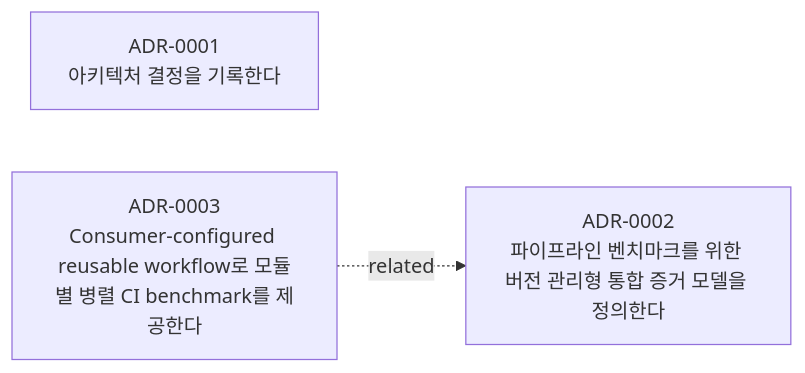
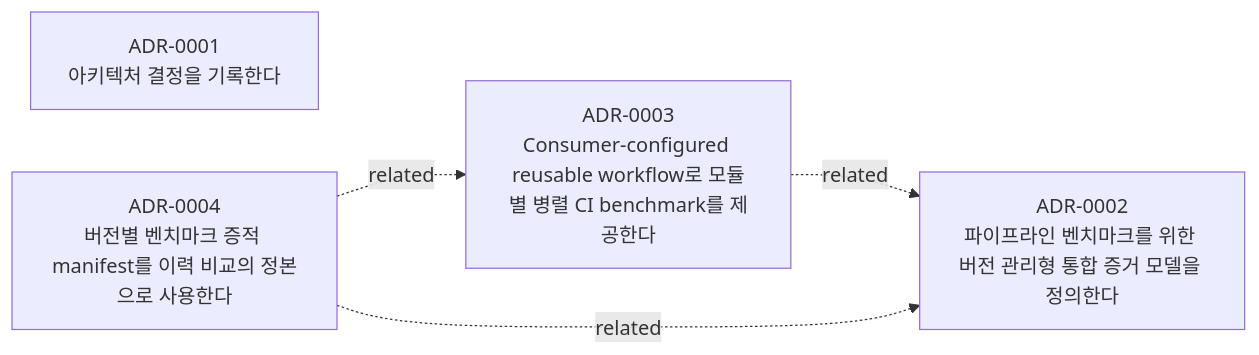
The diagram in docs/decisions/README.md (YRootLab/OnMaru-backend-ci-toolkit), drawn with Mermaid before and after one commit. The commit also changed other lines of this file and 14 other files, not shown here.

````diff
--- a/docs/decisions/README.md
+++ b/docs/decisions/README.md
@@ -93,7 +120,10 @@
 ```mermaid
 flowchart LR
   ADR_0001["ADR-0001<br/>아키텍처 결정을 기록한다"]
   ADR_0002["ADR-0002<br/>파이프라인 벤치마크를 위한 버전 관리형 통합 증거 모델을 정의한다"]
   ADR_0003["ADR-0003<br/>Consumer-configured reusable workflow로 모듈별 병렬 CI benchmark를 제공한다"]
+  ADR_0004["ADR-0004<br/>버전별 벤치마크 증적 manifest를 이력 비교의 정본으로 사용한다"]
   ADR_0003 -.->|related| ADR_0002
+  ADR_0004 -.->|related| ADR_0002
+  ADR_0004 -.->|related| ADR_0003
 ```
````
